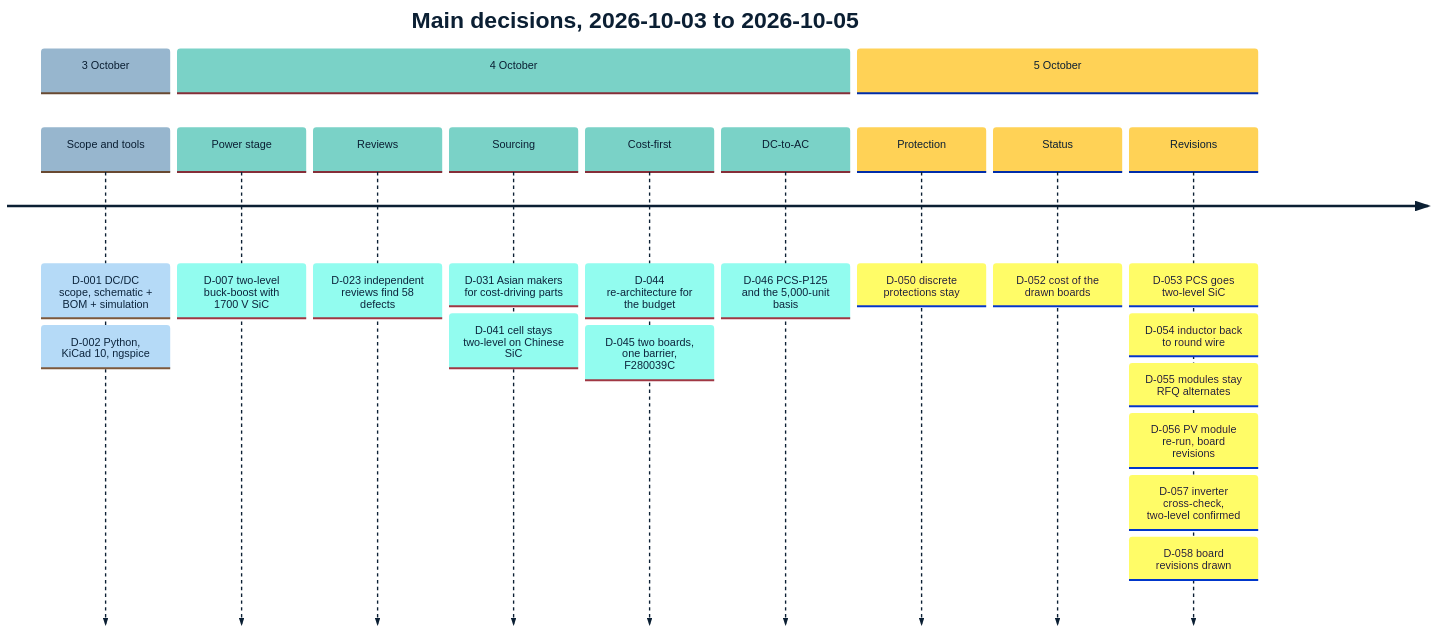
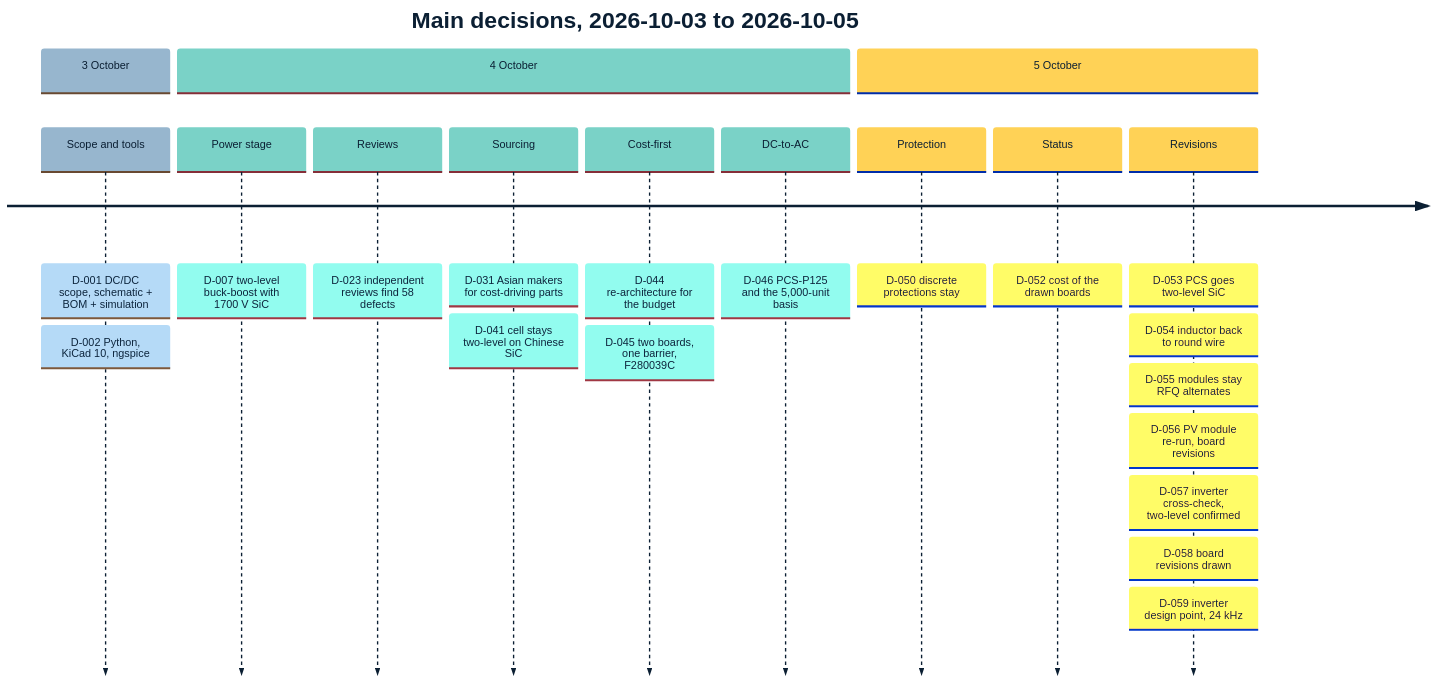
Before and after one commit to vectivolt/PCM: the second of 2 diagrams in docs/guide/01-overview.md, drawn with Mermaid. The commit also changed other lines of this file and 22 other files, not shown here.

First line of the commit message:
Settle the inverter design point with real inductor designs (D-059); final documentation pass

````diff
--- a/docs/guide/01-overview.md
+++ b/docs/guide/01-overview.md
@@ -83,17 +83,17 @@
 ```mermaid
 %%{init: {"theme": "base", "themeVariables": {"primaryColor": "#EEF3F7", "primaryBorderColor": "#0B1F33", "primaryTextColor": "#0B1F33", "lineColor": "#5B6B7A", "secondaryColor": "#D9F2EF", "tertiaryColor": "#FFF4D6", "fontFamily": "Inter, Helvetica, Arial, sans-serif"}}}%%
 timeline
     title Main decisions, 2026-10-03 to 2026-10-05
     section 3 October
         Scope and tools : D-001 DC/DC scope, schematic + BOM + simulation : D-002 Python, KiCad 10, ngspice
     section 4 October
         Power stage : D-007 two-level buck-boost with 1700 V SiC
         Reviews : D-023 independent reviews find 58 defects
         Sourcing : D-031 Asian makers for cost-driving parts : D-041 cell stays two-level on Chinese SiC
         Cost-first : D-044 re-architecture for the budget : D-045 two boards, one barrier, F280039C
         DC-to-AC : D-046 PCS-P125 and the 5,000-unit basis
     section 5 October
         Protection : D-050 discrete protections stay
         Status : D-052 cost of the drawn boards
-        Revisions : D-053 PCS goes two-level SiC : D-054 inductor back to round wire : D-055 modules stay RFQ alternates : D-056 PV module re-run, board revisions : D-057 inverter cross-check, two-level confirmed : D-058 board revisions drawn
+        Revisions : D-053 PCS goes two-level SiC : D-054 inductor back to round wire : D-055 modules stay RFQ alternates : D-056 PV module re-run, board revisions : D-057 inverter cross-check, two-level confirmed : D-058 board revisions drawn : D-059 inverter design point, 24 kHz
 ```
````
